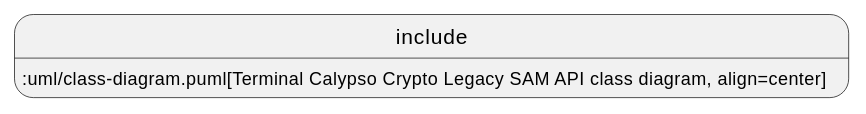
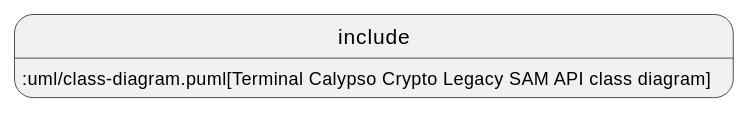
Before and after one commit to calypsonet/calypsonet-terminal-calypso-crypto-legacysam-uml-api: the second of 2 diagrams in index.adoc, drawn with PlantUML. The commit also changed other lines of this file and 5 other files, not shown here.

```diff
--- a/index.adoc
+++ b/index.adoc
@@ -420,4 +422,4 @@
 [plantuml, target="class-diagram", format="svg"]
 ----
-include::uml/class-diagram.puml[Terminal Calypso Crypto Legacy SAM API class diagram, align=center]
+include::uml/class-diagram.puml[Terminal Calypso Crypto Legacy SAM API class diagram]
 ----
```
